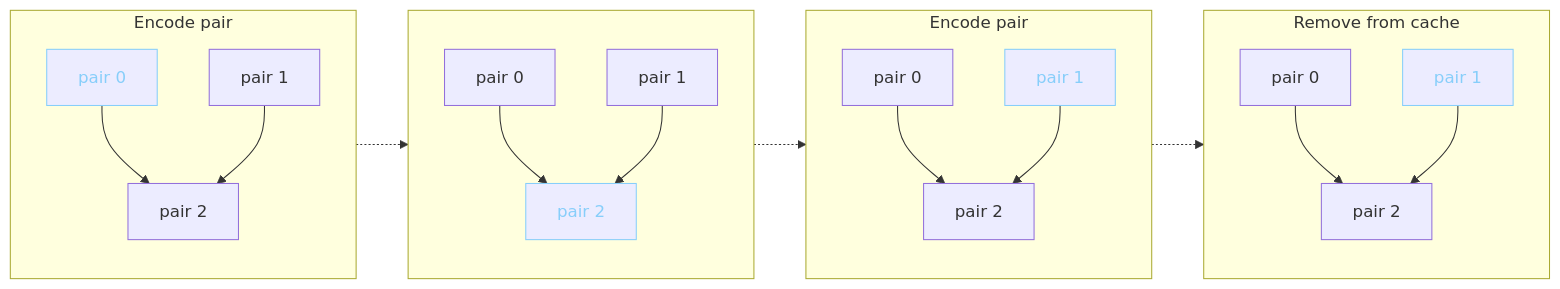
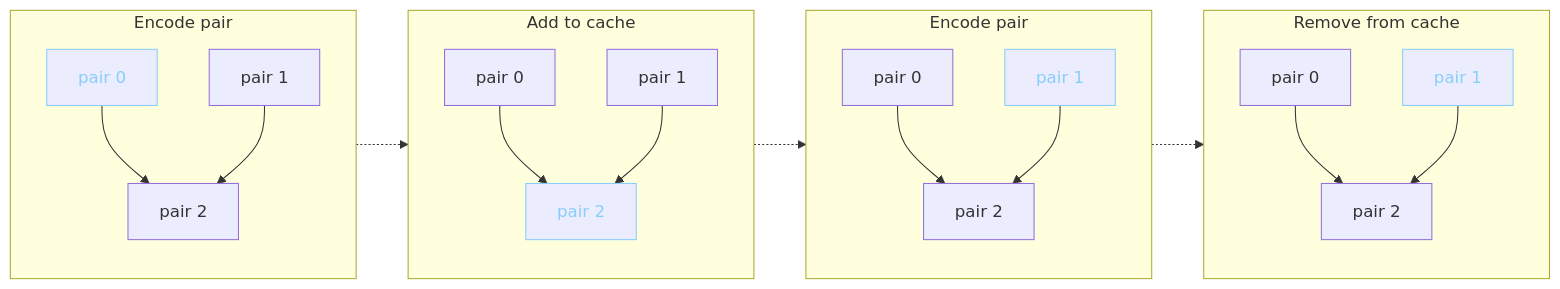
Before and after one commit to raviqqe/doc: the diagram in slides/papers/stak-scheme/merge.mmd, drawn with Mermaid.

```diff
--- a/slides/papers/stak-scheme/merge.mmd
+++ b/slides/papers/stak-scheme/merge.mmd
@@ -1,36 +1,36 @@
 flowchart LR
   subgraph s0[Encode pair]
     direction TB
 
     c0[pair 0]:::current --> c2[pair 2]
     c1[pair 1] --> c2
   end
 
   s0 -.-> s1
 
-  subgraph s1[ ]
+  subgraph s1[Add to cache]
     direction TB
 
     c3[pair 0] --> c5[pair 2]:::current
     c4[pair 1] --> c5
   end
 
   s1 -.-> s2
 
   subgraph s2[Encode pair]
     direction TB
 
     c6[pair 0] --> c8[pair 2]
     c7[pair 1]:::current --> c8
   end
 
   s2 -.-> s3
 
   subgraph s3[Remove from cache]
     direction TB
 
     c9[pair 0] --> c11[pair 2]
     c10[pair 1]:::current --> c11
   end
 
  classDef current color:lightskyblue,stroke:lightskyblue
```
